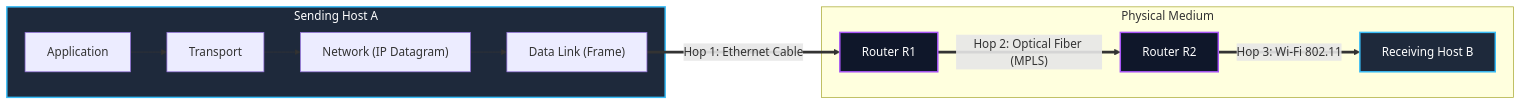
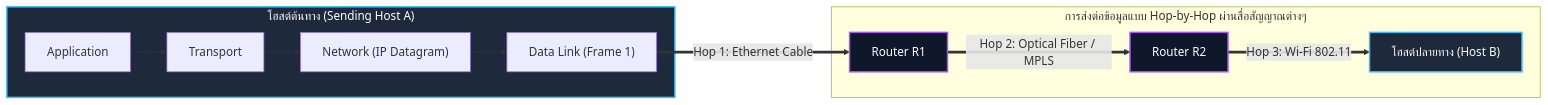
Before and after one commit to kanomoo/computer-network-and-Internet: the first of 7 diagrams in 05_Wiki/Chapter_06_Link_Layer_and_Wireless/01_Lecture_06_Chapter_6_Link_Layer_and_LANs_v9.md, drawn with Mermaid. The commit also changed other lines of this file and 8 other files, not shown here.

````diff
--- a/05_Wiki/Chapter_06_Link_Layer_and_Wireless/01_Lecture_06_Chapter_6_Link_Layer_and_LANs_v9.md
+++ b/05_Wiki/Chapter_06_Link_Layer_and_Wireless/01_Lecture_06_Chapter_6_Link_Layer_and_LANs_v9.md
@@ -129,19 +265,19 @@
 ```mermaid
 flowchart LR
-    subgraph HostA ["Sending Host A"]
-        APP_A["Application"] --> TRANS_A["Transport"]
-        TRANS_A --> NET_A["Network (IP Datagram)"]
-        NET_A --> LINK_A["Data Link (Frame)"]
+    subgraph HostA ["โฮสต์ต้นทาง (Sending Host A)"]
+        AppA["Application"] --> TransA["Transport"]
+        TransA --> NetA["Network (IP Datagram)"]
+        NetA --> LinkA["Data Link (Frame 1)"]
     end
 
-    subgraph PhysLink ["Physical Medium"]
-        LINK_A ==>|"Hop 1: Ethernet Cable"| R1["Router R1"]
-        R1 ==>|"Hop 2: Optical Fiber (MPLS)"| R2["Router R2"]
-        R2 ==>|"Hop 3: Wi-Fi 802.11"| HostB["Receiving Host B"]
+    subgraph PhysicalHops ["การส่งต่อข้อมูลแบบ Hop-by-Hop ผ่านสื่อสัญญาณต่างๆ"]
+        LinkA ==>|"Hop 1: Ethernet Cable"| R1["Router R1"]
+        R1 ==>|"Hop 2: Optical Fiber / MPLS"| R2["Router R2"]
+        R2 ==>|"Hop 3: Wi-Fi 802.11"| HostB["โฮสต์ปลายทาง (Host B)"]
     end
 
     classDef host fill:#1e293b,stroke:#38bdf8,stroke-width:2px,color:#fff;
     classDef router fill:#0f172a,stroke:#a855f7,stroke-width:2px,color:#fff;
     class HostA,HostB host;
     class R1,R2 router;
 ```
````
